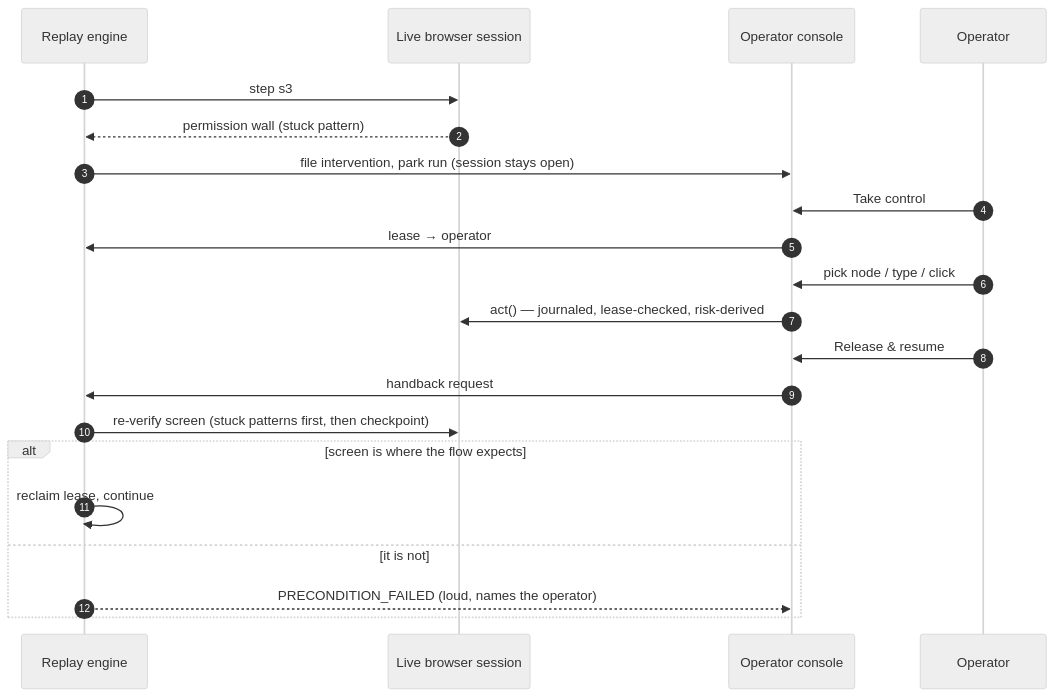
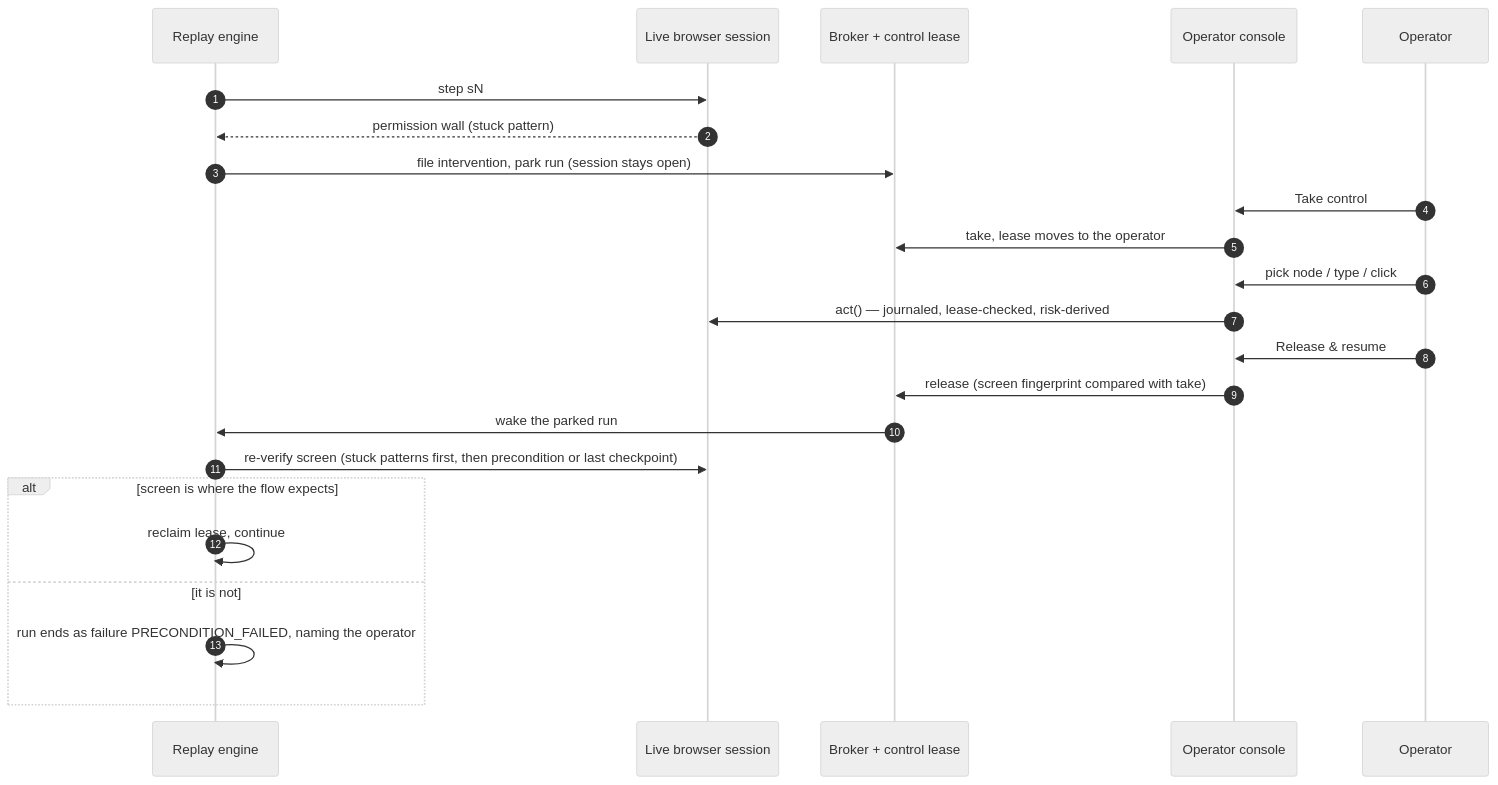
The seventh of 9 diagrams in README.md (omkarkorde27/automation-assessment), drawn with Mermaid (neutral theme) before and after one commit. The commit also changed other lines of this file, not shown here.

````diff
--- a/README.md
+++ b/README.md
@@ -243,24 +272,26 @@
 ```mermaid
 sequenceDiagram
     autonumber
     participant E as Replay engine
     participant B as Live browser session
+    participant K as Broker + control lease
     participant C as Operator console
     participant O as Operator
 
-    E->>B: step s3
+    E->>B: step sN
     B-->>E: permission wall (stuck pattern)
-    E->>C: file intervention, park run (session stays open)
+    E->>K: file intervention, park run (session stays open)
     O->>C: Take control
-    C->>E: lease → operator
+    C->>K: take, lease moves to the operator
     O->>C: pick node / type / click
     C->>B: act() — journaled, lease-checked, risk-derived
     O->>C: Release & resume
-    C->>E: handback request
-    E->>B: re-verify screen (stuck patterns first, then checkpoint)
+    C->>K: release (screen fingerprint compared with take)
+    K->>E: wake the parked run
+    E->>B: re-verify screen (stuck patterns first, then precondition or last checkpoint)
     alt screen is where the flow expects
         E->>E: reclaim lease, continue
     else it is not
-        E-->>C: PRECONDITION_FAILED (loud, names the operator)
+        E->>E: run ends as failure PRECONDITION_FAILED, naming the operator
     end
 ```
````
